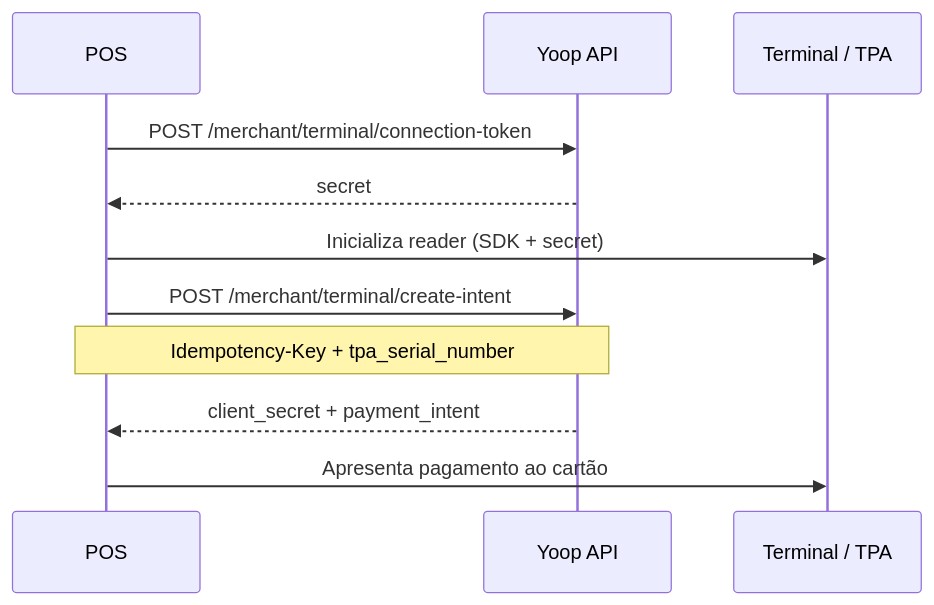
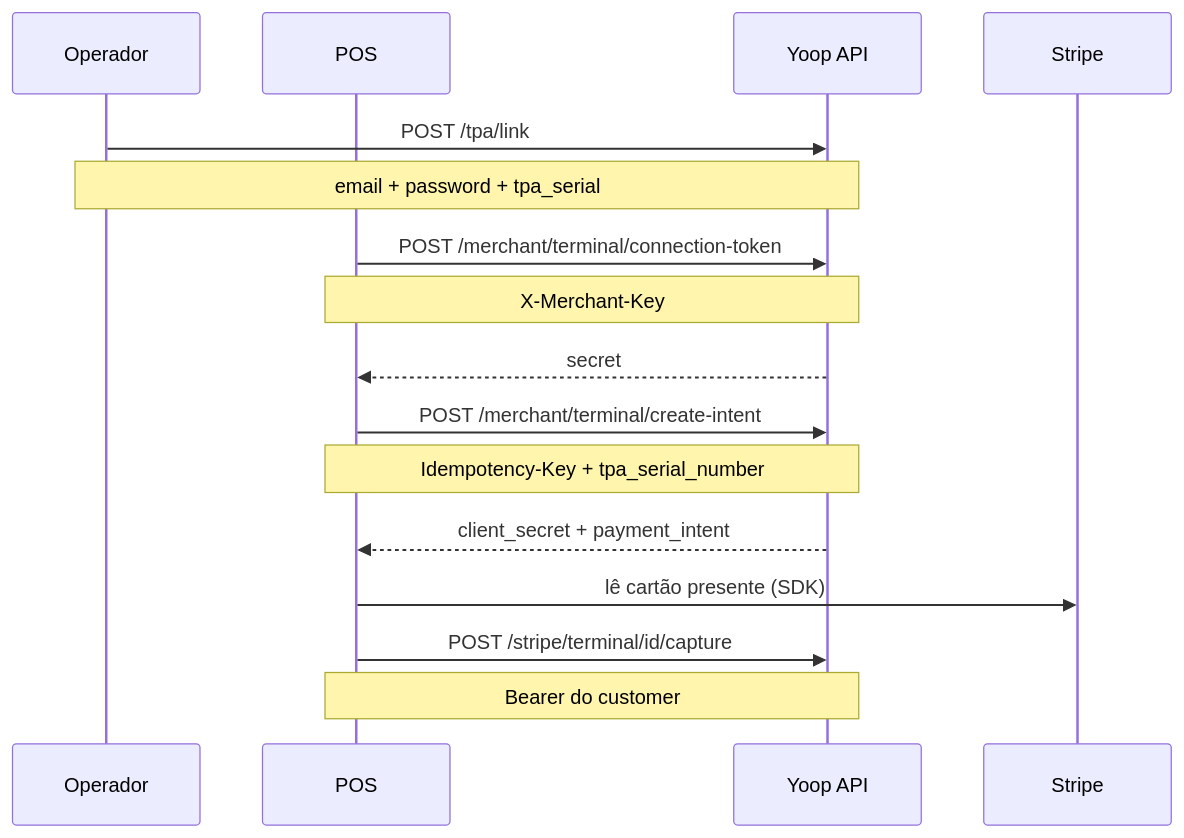
The diagram in docs/guides/partners/terminal-topup.md (solonline/mysologo.com), drawn with Mermaid before and after one commit. The commit also changed other lines of this file and 96 other files, not shown here.

````diff
--- a/docs/guides/partners/terminal-topup.md
+++ b/docs/guides/partners/terminal-topup.md
@@ -21,14 +27,19 @@
 ```mermaid
 sequenceDiagram
+    participant Op as Operador
     participant POS
     participant API as Yoop API
-    participant Reader as Terminal / TPA
+    participant Stripe
 
+    Op->>API: POST /tpa/link
+    Note over Op,API: email + password + tpa_serial
     POS->>API: POST /merchant/terminal/connection-token
+    Note over POS,API: X-Merchant-Key
     API-->>POS: secret
-    POS->>Reader: Inicializa reader (SDK + secret)
     POS->>API: POST /merchant/terminal/create-intent
     Note over POS,API: Idempotency-Key + tpa_serial_number
     API-->>POS: client_secret + payment_intent
-    POS->>Reader: Apresenta pagamento ao cartão
+    POS->>Stripe: lê cartão presente (SDK)
+    POS->>API: POST /stripe/terminal/id/capture
+    Note over POS,API: Bearer do customer
 ```
````
